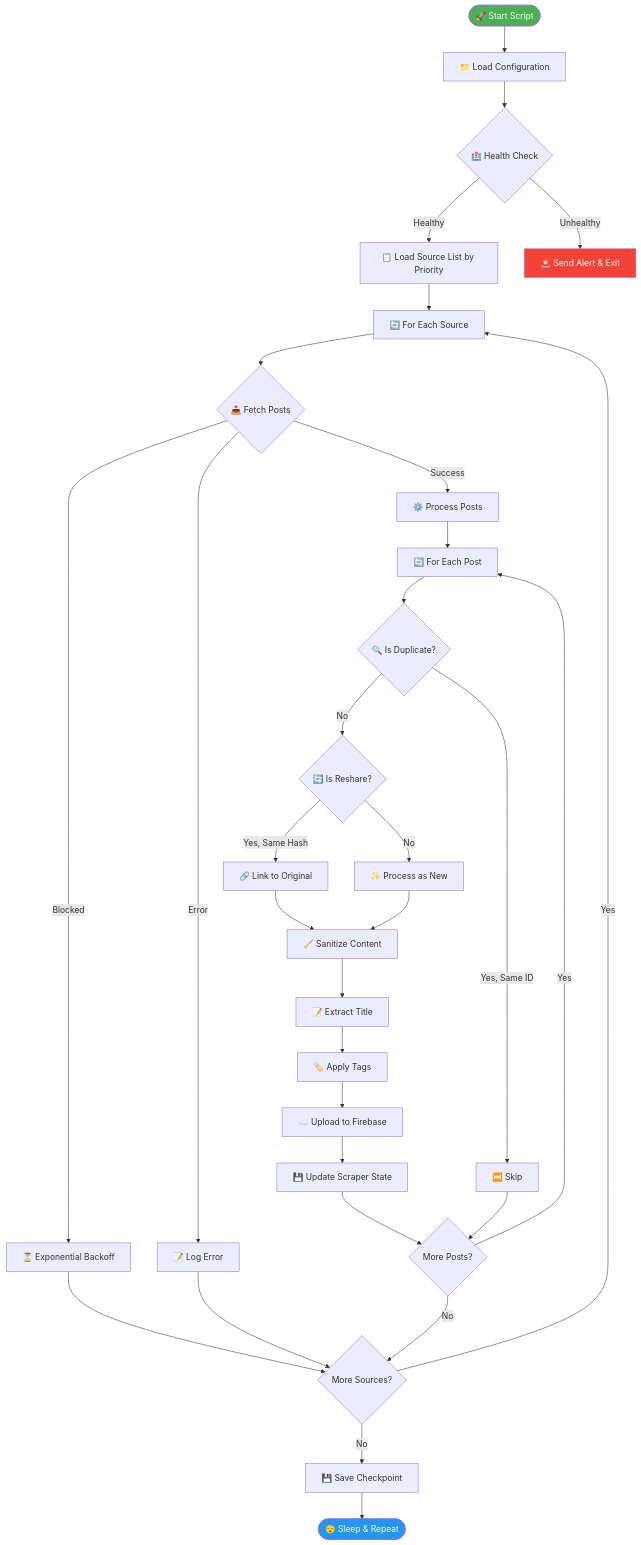
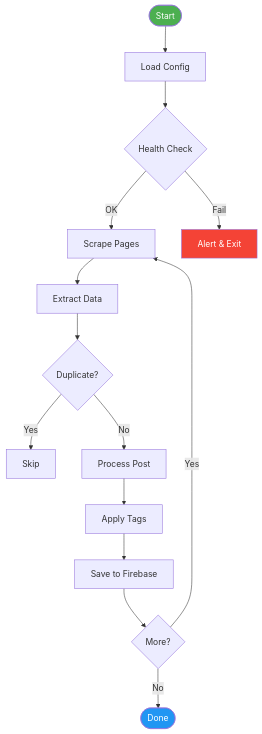
Before and after one commit to BrentFordVRemerata/Facebook-Scraper: the fifth of 8 diagrams in QCU Unified Network.md, drawn with Mermaid. The commit also changed other lines of this file and 5 other files, not shown here.

````diff
--- a/QCU Unified Network.md
+++ b/QCU Unified Network.md
@@ -107,50 +180,25 @@
 ```mermaid
 flowchart TD
-    Start([🚀 Start Script]) --> LoadConfig[📁 Load Configuration]
-    LoadConfig --> CheckHealth{🏥 Health Check}
+    Start([Start]) --> Load[Load Config]
+    Load --> Health{Health Check}
     
-    CheckHealth -->|Healthy| LoadSources[📋 Load Source List by Priority]
-    CheckHealth -->|Unhealthy| Alert[🚨 Send Alert & Exit]
+    Health -->|OK| Scrape[Scrape Pages]
+    Health -->|Fail| Alert[Alert & Exit]
     
-    LoadSources --> LoopSources[🔄 For Each Source]
+    Scrape --> Extract[Extract Data]
+    Extract --> Dedup{Duplicate?}
     
-    LoopSources --> FetchPosts{📥 Fetch Posts}
-    FetchPosts -->|Success| ProcessPosts[⚙️ Process Posts]
-    FetchPosts -->|Blocked| HandleBlock[⏳ Exponential Backoff]
-    FetchPosts -->|Error| LogError[📝 Log Error]
+    Dedup -->|Yes| Skip[Skip]
+    Dedup -->|No| Process[Process Post]
     
-    HandleBlock --> NextSource
-    LogError --> NextSource
+    Process --> Tag[Apply Tags]
+    Tag --> Save[Save to Firebase]
     
-    ProcessPosts --> LoopPosts[🔄 For Each Post]
+    Save --> Next{More?}
+    Next -->|Yes| Scrape
+    Next -->|No| Done([Done])
     
-    LoopPosts --> CheckDupe{🔍 Is Duplicate?}
-    CheckDupe -->|Yes, Same ID| Skip[⏭️ Skip]
-    CheckDupe -->|No| CheckReshare{🔄 Is Reshare?}
-    
-    CheckReshare -->|Yes, Same Hash| MarkReshare[🔗 Link to Original]
-    CheckReshare -->|No| ProcessNew[✨ Process as New]
-    
-    MarkReshare --> Sanitize
-    ProcessNew --> Sanitize[🧹 Sanitize Content]
-    
-    Sanitize --> ExtractTitle[📝 Extract Title]
-    ExtractTitle --> TagPost[🏷️ Apply Tags]
-    TagPost --> Upload[☁️ Upload to Firebase]
-    
-    Upload --> UpdateState[💾 Update Scraper State]
-    UpdateState --> NextPost{More Posts?}
-    
-    NextPost -->|Yes| LoopPosts
-    NextPost -->|No| NextSource{More Sources?}
-    
-    NextSource -->|Yes| LoopSources
-    NextSource -->|No| SaveCheckpoint[💾 Save Checkpoint]
-    
-    SaveCheckpoint --> Sleep([😴 Sleep & Repeat])
-    Skip --> NextPost
-
     style Start fill:#4caf50,color:#fff
-    style Sleep fill:#2196f3,color:#fff
+    style Done fill:#2196f3,color:#fff
     style Alert fill:#f44336,color:#fff
 ```
````
